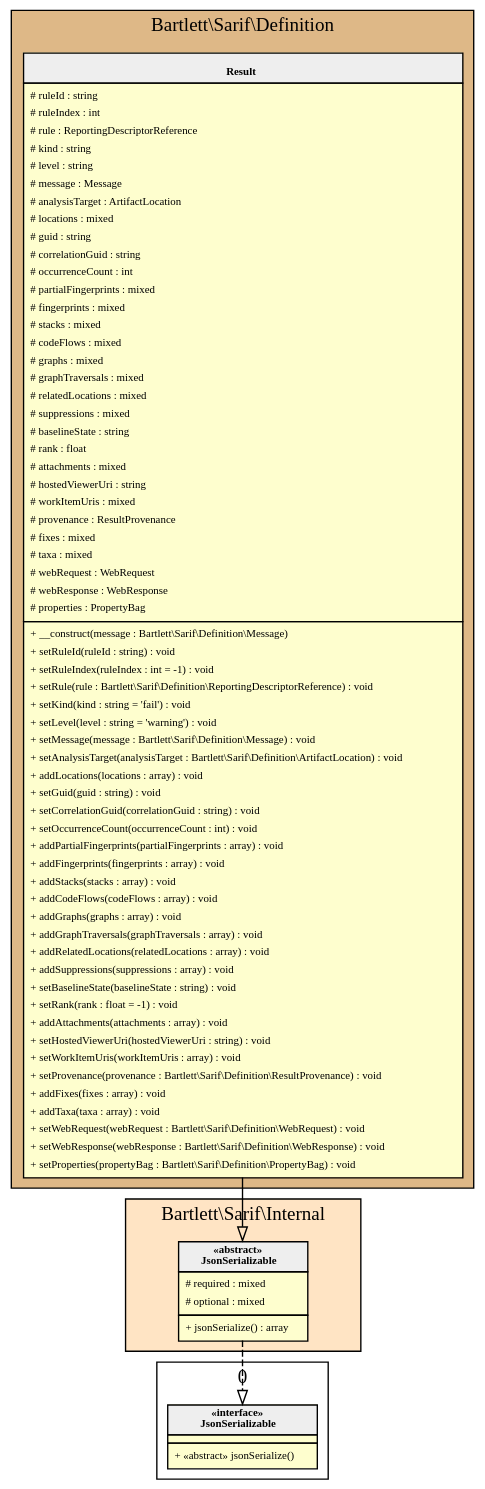
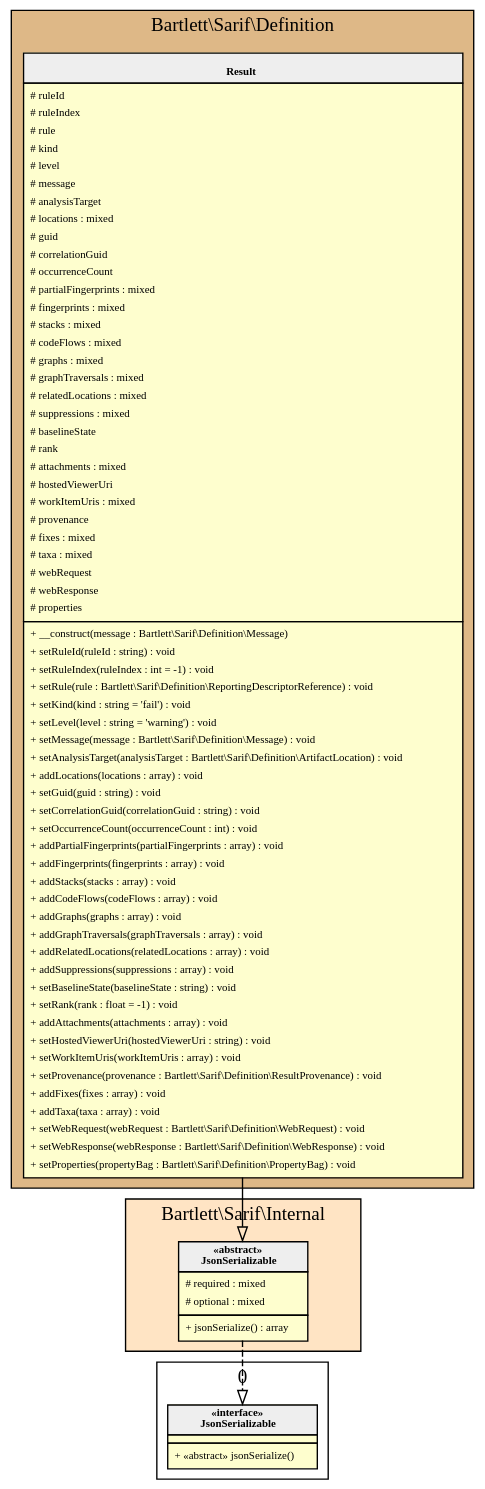
The diagram in 1.1/assets/images/reference-result.html.gv (llaville/sarif-php-sdk), drawn with Graphviz before and after one commit. The commit also changed 96 other files, not shown here.

```diff
--- a/1.1/assets/images/reference-result.html.gv
+++ b/1.1/assets/images/reference-result.html.gv
@@ -1,106 +1,106 @@
 digraph {
   graph [name="G" overlap="false" rankdir="TB" bgcolor="transparent"]
   node [fontname="Verdana" fontsize=8 shape="none" margin=0 fillcolor="#FEFECE" style="filled"]
   edge [fontname="Verdana" fontsize=8]
   subgraph cluster_0 {
     graph [bgcolor="BurlyWood"]
     label = "Bartlett\\Sarif\\Definition"
     "Bartlett\\Sarif\\Definition\\Result" [shape="none" label=<
 <table cellspacing="0" border="0" cellborder="1">
     <tr><td bgcolor="#eeeeee"><b><br/>Result</b></td></tr>
     <tr><td><table border="0" cellspacing="0" cellpadding="2">
-    <tr><td align="left"># ruleId : string</td></tr>
-    <tr><td align="left"># ruleIndex : int</td></tr>
-    <tr><td align="left"># rule : ReportingDescriptorReference</td></tr>
-    <tr><td align="left"># kind : string</td></tr>
-    <tr><td align="left"># level : string</td></tr>
-    <tr><td align="left"># message : Message</td></tr>
-    <tr><td align="left"># analysisTarget : ArtifactLocation</td></tr>
+    <tr><td align="left"># ruleId</td></tr>
+    <tr><td align="left"># ruleIndex</td></tr>
+    <tr><td align="left"># rule</td></tr>
+    <tr><td align="left"># kind</td></tr>
+    <tr><td align="left"># level</td></tr>
+    <tr><td align="left"># message</td></tr>
+    <tr><td align="left"># analysisTarget</td></tr>
     <tr><td align="left"># locations : mixed</td></tr>
-    <tr><td align="left"># guid : string</td></tr>
-    <tr><td align="left"># correlationGuid : string</td></tr>
-    <tr><td align="left"># occurrenceCount : int</td></tr>
+    <tr><td align="left"># guid</td></tr>
+    <tr><td align="left"># correlationGuid</td></tr>
+    <tr><td align="left"># occurrenceCount</td></tr>
     <tr><td align="left"># partialFingerprints : mixed</td></tr>
     <tr><td align="left"># fingerprints : mixed</td></tr>
     <tr><td align="left"># stacks : mixed</td></tr>
     <tr><td align="left"># codeFlows : mixed</td></tr>
     <tr><td align="left"># graphs : mixed</td></tr>
     <tr><td align="left"># graphTraversals : mixed</td></tr>
     <tr><td align="left"># relatedLocations : mixed</td></tr>
     <tr><td align="left"># suppressions : mixed</td></tr>
-    <tr><td align="left"># baselineState : string</td></tr>
-    <tr><td align="left"># rank : float</td></tr>
+    <tr><td align="left"># baselineState</td></tr>
+    <tr><td align="left"># rank</td></tr>
     <tr><td align="left"># attachments : mixed</td></tr>
-    <tr><td align="left"># hostedViewerUri : string</td></tr>
+    <tr><td align="left"># hostedViewerUri</td></tr>
     <tr><td align="left"># workItemUris : mixed</td></tr>
-    <tr><td align="left"># provenance : ResultProvenance</td></tr>
+    <tr><td align="left"># provenance</td></tr>
     <tr><td align="left"># fixes : mixed</td></tr>
     <tr><td align="left"># taxa : mixed</td></tr>
-    <tr><td align="left"># webRequest : WebRequest</td></tr>
-    <tr><td align="left"># webResponse : WebResponse</td></tr>
-    <tr><td align="left"># properties : PropertyBag</td></tr>
+    <tr><td align="left"># webRequest</td></tr>
+    <tr><td align="left"># webResponse</td></tr>
+    <tr><td align="left"># properties</td></tr>
 </table></td></tr>
     <tr><td><table border="0" cellspacing="0" cellpadding="2">
     <tr><td align="left">+ __construct(message : Bartlett\\Sarif\\Definition\\Message)</td></tr>
     <tr><td align="left">+ setRuleId(ruleId : string) : void</td></tr>
     <tr><td align="left">+ setRuleIndex(ruleIndex : int = -1) : void</td></tr>
     <tr><td align="left">+ setRule(rule : Bartlett\\Sarif\\Definition\\ReportingDescriptorReference) : void</td></tr>
     <tr><td align="left">+ setKind(kind : string = 'fail') : void</td></tr>
     <tr><td align="left">+ setLevel(level : string = 'warning') : void</td></tr>
     <tr><td align="left">+ setMessage(message : Bartlett\\Sarif\\Definition\\Message) : void</td></tr>
     <tr><td align="left">+ setAnalysisTarget(analysisTarget : Bartlett\\Sarif\\Definition\\ArtifactLocation) : void</td></tr>
     <tr><td align="left">+ addLocations(locations : array) : void</td></tr>
     <tr><td align="left">+ setGuid(guid : string) : void</td></tr>
     <tr><td align="left">+ setCorrelationGuid(correlationGuid : string) : void</td></tr>
     <tr><td align="left">+ setOccurrenceCount(occurrenceCount : int) : void</td></tr>
     <tr><td align="left">+ addPartialFingerprints(partialFingerprints : array) : void</td></tr>
     <tr><td align="left">+ addFingerprints(fingerprints : array) : void</td></tr>
     <tr><td align="left">+ addStacks(stacks : array) : void</td></tr>
     <tr><td align="left">+ addCodeFlows(codeFlows : array) : void</td></tr>
     <tr><td align="left">+ addGraphs(graphs : array) : void</td></tr>
     <tr><td align="left">+ addGraphTraversals(graphTraversals : array) : void</td></tr>
     <tr><td align="left">+ addRelatedLocations(relatedLocations : array) : void</td></tr>
     <tr><td align="left">+ addSuppressions(suppressions : array) : void</td></tr>
     <tr><td align="left">+ setBaselineState(baselineState : string) : void</td></tr>
     <tr><td align="left">+ setRank(rank : float = -1) : void</td></tr>
     <tr><td align="left">+ addAttachments(attachments : array) : void</td></tr>
     <tr><td align="left">+ setHostedViewerUri(hostedViewerUri : string) : void</td></tr>
     <tr><td align="left">+ setWorkItemUris(workItemUris : array) : void</td></tr>
     <tr><td align="left">+ setProvenance(provenance : Bartlett\\Sarif\\Definition\\ResultProvenance) : void</td></tr>
     <tr><td align="left">+ addFixes(fixes : array) : void</td></tr>
     <tr><td align="left">+ addTaxa(taxa : array) : void</td></tr>
     <tr><td align="left">+ setWebRequest(webRequest : Bartlett\\Sarif\\Definition\\WebRequest) : void</td></tr>
     <tr><td align="left">+ setWebResponse(webResponse : Bartlett\\Sarif\\Definition\\WebResponse) : void</td></tr>
     <tr><td align="left">+ setProperties(propertyBag : Bartlett\\Sarif\\Definition\\PropertyBag) : void</td></tr>
 </table></td></tr>
 </table>>]
   }
   subgraph cluster_1 {
     graph [bgcolor="Bisque"]
     label = "Bartlett\\Sarif\\Internal"
     "Bartlett\\Sarif\\Internal\\JsonSerializable" [shape="none" label=<
 <table cellspacing="0" border="0" cellborder="1">
     <tr><td bgcolor="#eeeeee"><b>«abstract»<br/>JsonSerializable</b></td></tr>
     <tr><td><table border="0" cellspacing="0" cellpadding="2">
     <tr><td align="left"># required : mixed</td></tr>
     <tr><td align="left"># optional : mixed</td></tr>
 </table></td></tr>
     <tr><td><table border="0" cellspacing="0" cellpadding="2">
     <tr><td align="left">+ jsonSerialize() : array</td></tr>
 </table></td></tr>
 </table>>]
   }
   subgraph cluster_2 {
     label = 0
     "JsonSerializable" [shape="none" label=<
 <table cellspacing="0" border="0" cellborder="1">
     <tr><td bgcolor="#eeeeee"><b>«interface»<br/>JsonSerializable</b></td></tr>
     <tr><td></td></tr>
     <tr><td><table border="0" cellspacing="0" cellpadding="2">
     <tr><td align="left">+ «abstract» jsonSerialize()</td></tr>
 </table></td></tr>
 </table>>]
   }
   "Bartlett\\Sarif\\Internal\\JsonSerializable" -> "JsonSerializable" [arrowhead="empty" style="dashed"]
   "Bartlett\\Sarif\\Definition\\Result" -> "Bartlett\\Sarif\\Internal\\JsonSerializable" [arrowhead="empty" style="filled"]
 }
```
